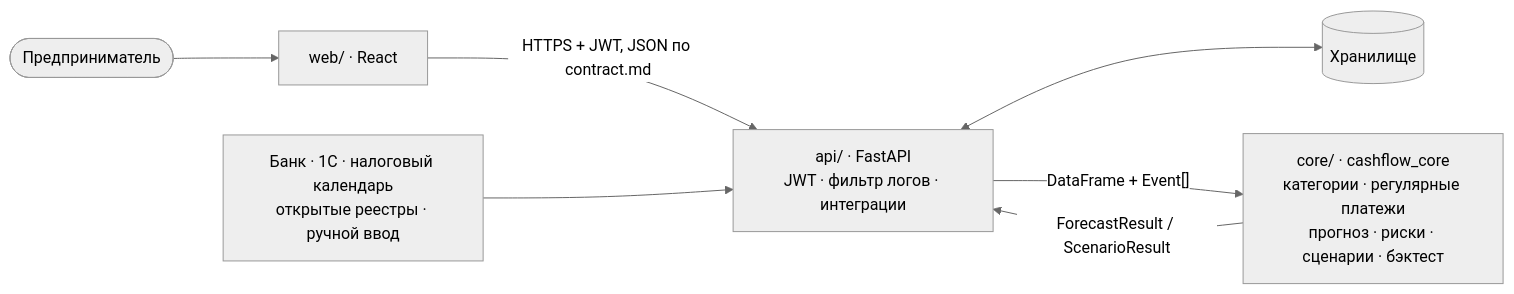
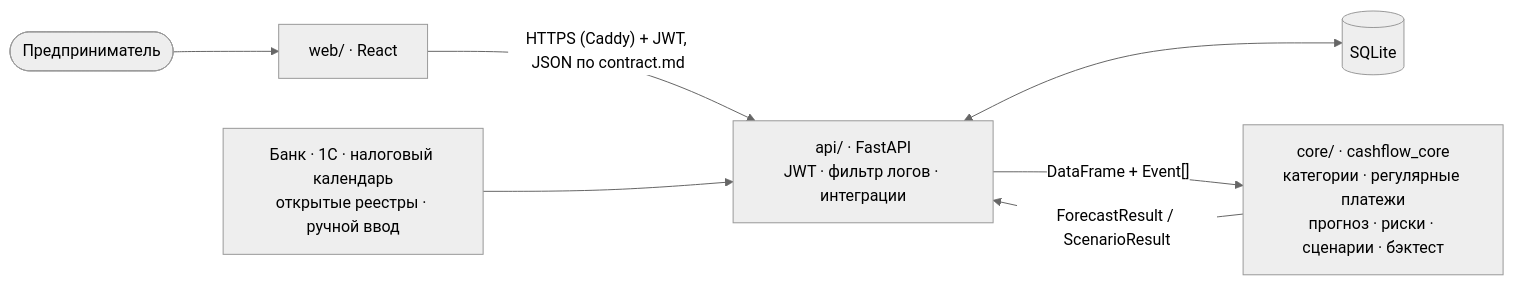
Before and after one commit to VaDex-web/cashflow: the diagram in docs/architecture.md, drawn with Mermaid (neutral theme). The commit also changed other lines of this file and 26 other files, not shown here.

````diff
--- a/docs/architecture.md
+++ b/docs/architecture.md
@@ -11,9 +11,9 @@
 ```mermaid
 flowchart LR
   user(["Предприниматель"]) --> web["web/ · React"]
-  web -- "HTTPS + JWT, JSON по contract.md" --> api["api/ · FastAPI<br/>JWT · фильтр логов · интеграции"]
-  api <--> store[("Хранилище")]
+  web -- "HTTPS (Caddy) + JWT, JSON по contract.md" --> api["api/ · FastAPI<br/>JWT · фильтр логов · интеграции"]
+  api <--> store[("SQLite")]
   api -- "DataFrame + Event[]" --> core["core/ · cashflow_core<br/>категории · регулярные платежи<br/>прогноз · риски · сценарии · бэктест"]
   core -- "ForecastResult / ScenarioResult" --> api
   src["Банк · 1С · налоговый календарь<br/>открытые реестры · ручной ввод"] --> api
 ```
````
